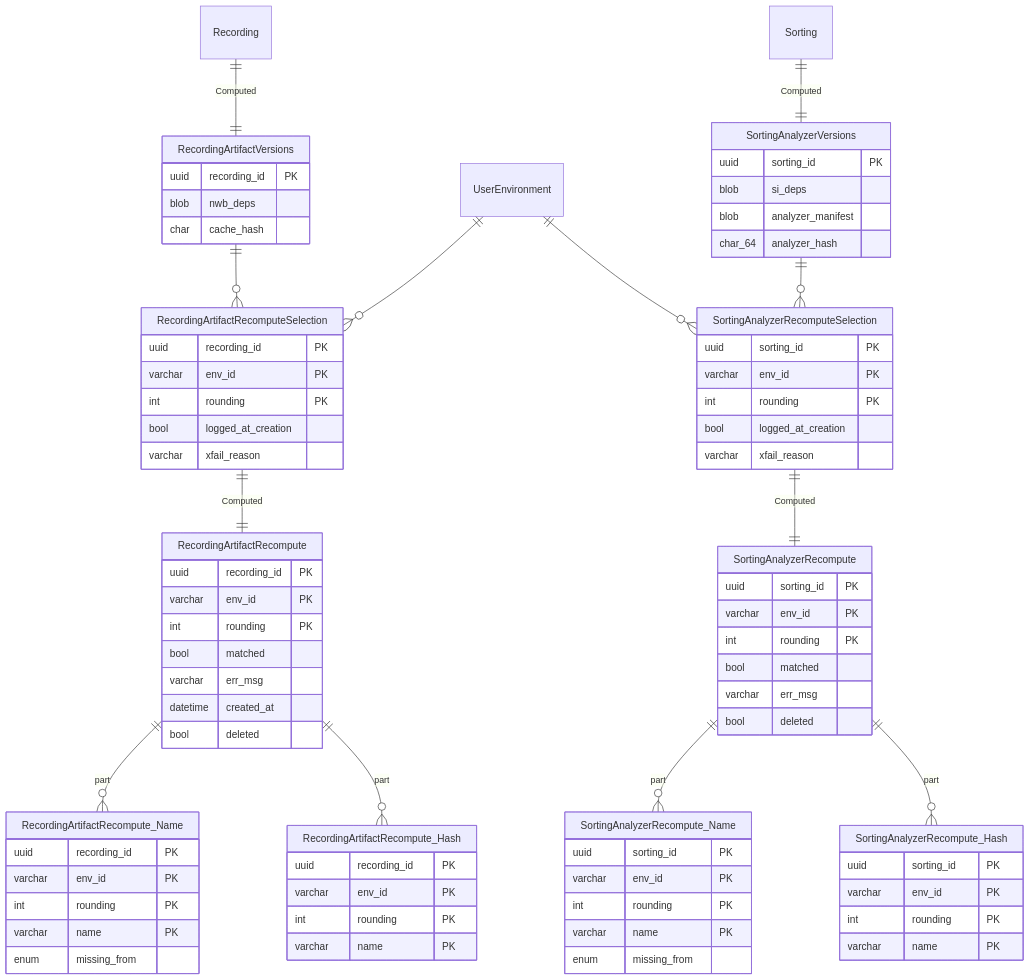
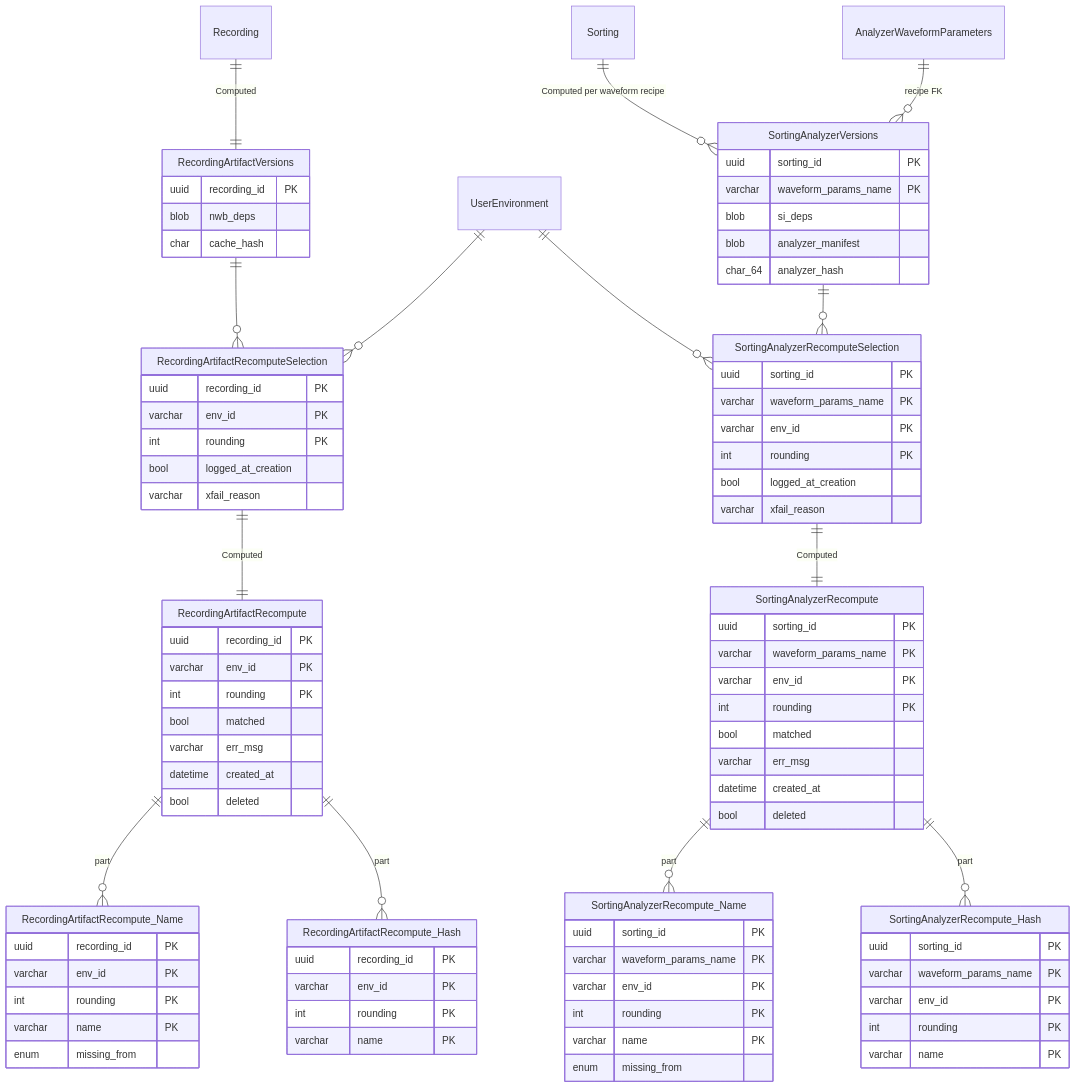
The second of 3 diagrams in .claude/docs/plans/spikesorting-v2/diagrams/02-phase-2.md (LorenFrankLab/spyglass), drawn with Mermaid before and after one commit. The commit also changed other lines of this file and 66 other files, not shown here.

```diff
--- a/.claude/docs/plans/spikesorting-v2/diagrams/02-phase-2.md
+++ b/.claude/docs/plans/spikesorting-v2/diagrams/02-phase-2.md
@@ -127,12 +134,14 @@
     %% ===== Mirror tables for SortingAnalyzer folders =====
     SortingAnalyzerVersions {
         uuid sorting_id PK
+        varchar waveform_params_name PK
         blob si_deps
         blob analyzer_manifest
         char_64 analyzer_hash
     }
     SortingAnalyzerRecomputeSelection {
         uuid sorting_id PK
+        varchar waveform_params_name PK
         varchar env_id PK
         int rounding PK
         bool logged_at_creation
@@ -140,14 +149,17 @@
     }
     SortingAnalyzerRecompute {
         uuid sorting_id PK
+        varchar waveform_params_name PK
         varchar env_id PK
         int rounding PK
         bool matched
         varchar err_msg
+        datetime created_at
         bool deleted
     }
     SortingAnalyzerRecompute_Name {
         uuid sorting_id PK
+        varchar waveform_params_name PK
         varchar env_id PK
         int rounding PK
         varchar name PK
@@ -155,12 +167,14 @@
     }
     SortingAnalyzerRecompute_Hash {
         uuid sorting_id PK
+        varchar waveform_params_name PK
         varchar env_id PK
         int rounding PK
         varchar name PK
     }
 
-    Sorting ||--|| SortingAnalyzerVersions : "Computed"
+    Sorting ||--o{ SortingAnalyzerVersions : "Computed per waveform recipe"
+    AnalyzerWaveformParameters ||--o{ SortingAnalyzerVersions : "recipe FK"
     SortingAnalyzerVersions ||--o{ SortingAnalyzerRecomputeSelection : ""
     UserEnvironment ||--o{ SortingAnalyzerRecomputeSelection : ""
     SortingAnalyzerRecomputeSelection ||--|| SortingAnalyzerRecompute : "Computed"
```
